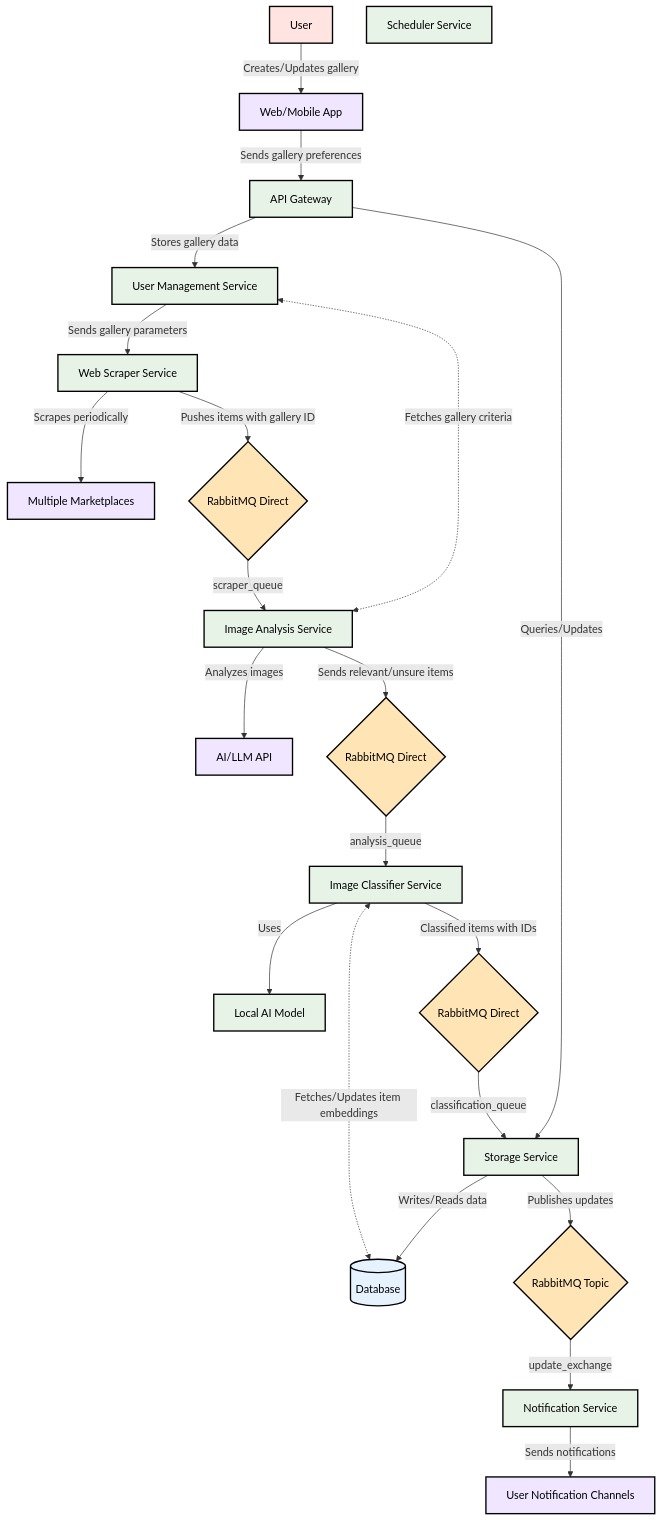
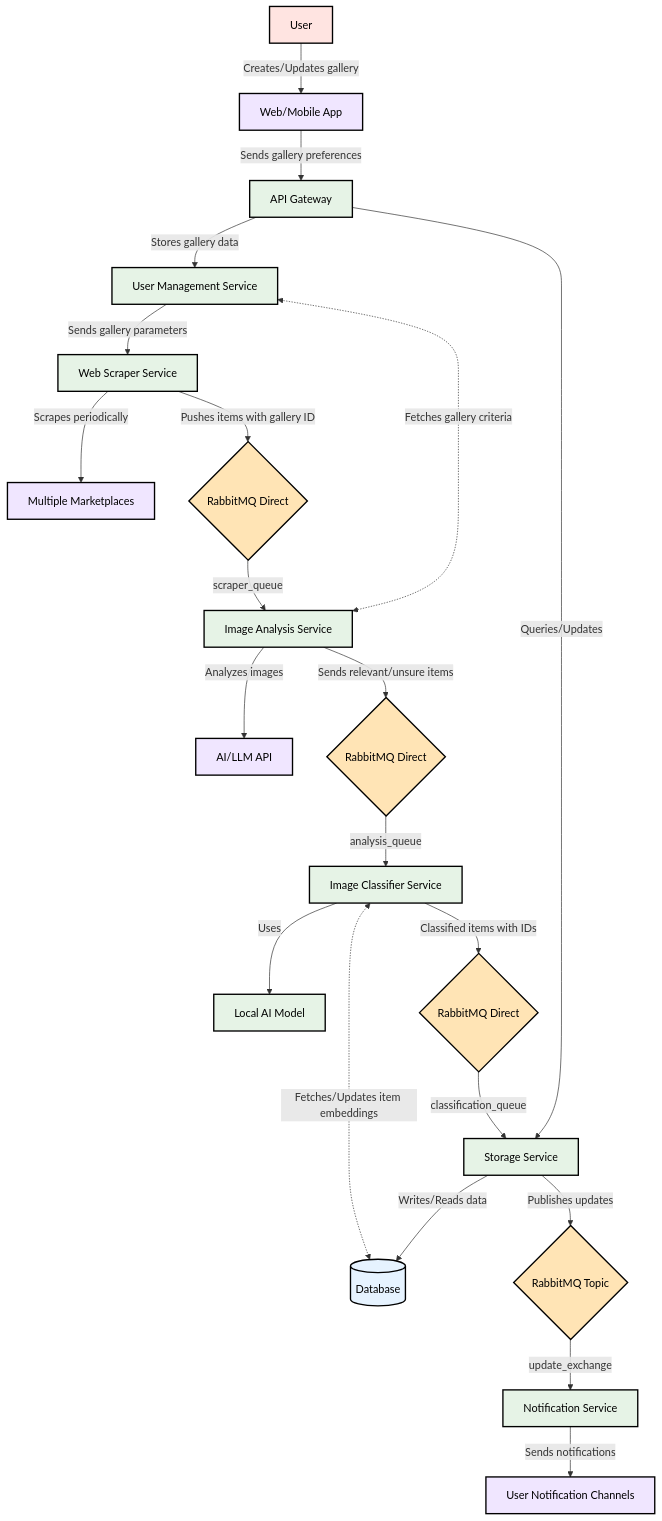
Before and after one commit to mhbka/itemtracker: the diagram in README.md, drawn with Mermaid. The commit also changed 1 other file, not shown here.

````diff
--- a/README.md
+++ b/README.md
@@ -1,50 +1,49 @@
 ```mermaid
     graph TD
         %% Color definitions
         classDef service fill:#E6F3E6,stroke:#000,stroke-width:2px,color:#000;
         classDef queue fill:#FFE4B5,stroke:#000,stroke-width:2px,color:#000;
         classDef database fill:#E6F3FF,stroke:#000,stroke-width:2px,color:#000;
         classDef external fill:#F0E6FF,stroke:#000,stroke-width:2px,color:#000;
         classDef user fill:#FFE4E1,stroke:#000,stroke-width:2px,color:#000;
 
         S[User]:::user
         P[Web/Mobile App]:::external
         O[API Gateway]:::service
         Q[User Management Service]:::service
-        R[Scheduler Service]:::service
         A[Web Scraper Service]:::service
         B[Multiple Marketplaces]:::external
         C{RabbitMQ Direct}:::queue
         D[Image Analysis Service]:::service
         E[AI/LLM API]:::external
         F{RabbitMQ Direct}:::queue
         G[Image Classifier Service]:::service
         H[Local AI Model]:::service
         I{RabbitMQ Direct}:::queue
         J[Storage Service]:::service
         K[(Database)]:::database
         L{RabbitMQ Topic}:::queue
         M[Notification Service]:::service
         N[User Notification Channels]:::external
 
         S -->|Creates/Updates gallery| P
         P -->|Sends gallery preferences| O
         O -->|Stores gallery data| Q
         Q -->|Sends gallery parameters| A
         A -->|Scrapes periodically| B
         A -->|Pushes items with gallery ID| C
         C -->|scraper_queue| D
         D <-.->|Fetches gallery criteria| Q
         D -->|Analyzes images| E
         D -->|Sends relevant/unsure items| F
         F -->|analysis_queue| G
         G -->|Uses| H
         G <-.->|Fetches/Updates item embeddings| K
         G -->|Classified items with IDs| I
         I -->|classification_queue| J
         J -->|Writes/Reads data| K
         J -->|Publishes updates| L
         L -->|update_exchange| M
         M -->|Sends notifications| N
         O -->|Queries/Updates| J
 ```
````
